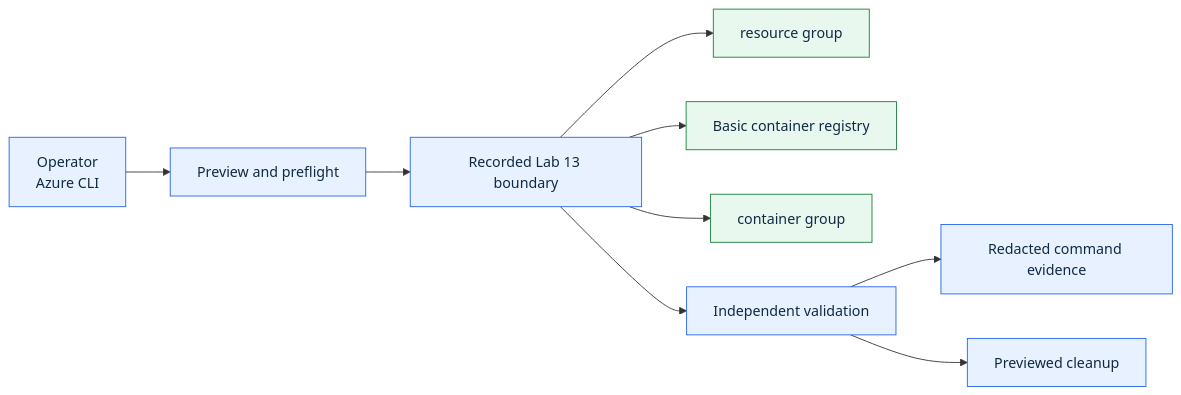
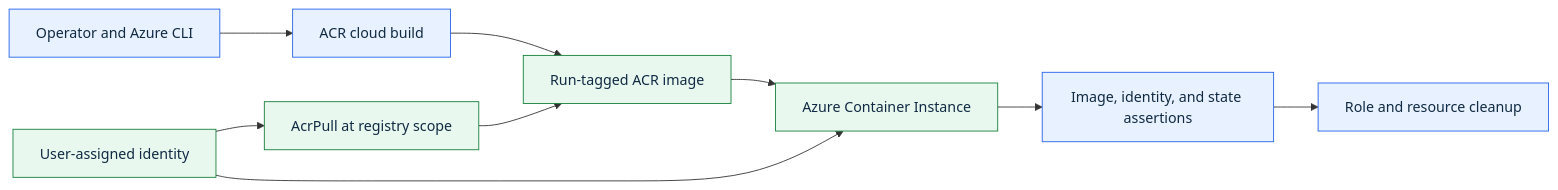
Before and after one commit to amineMehdi/az104-azure-administrator-labs: the diagram in labs/13-acr-aci/diagrams/architecture.mmd, drawn with Mermaid. The commit also changed 497 other files, not shown here.

```diff
--- a/labs/13-acr-aci/diagrams/architecture.mmd
+++ b/labs/13-acr-aci/diagrams/architecture.mmd
@@ -1,13 +1,13 @@
 flowchart LR
-    A["Operator<br/>Azure CLI"] --> P["Preview and preflight"]
-    P --> S["Recorded Lab 13 boundary"]
-    S --> R1["resource group"]
-    S --> R2["Basic container registry"]
-    S --> R3["container group"]
-    S --> V["Independent validation"]
-    V --> E["Redacted command evidence"]
-    V --> C["Previewed cleanup"]
+    A["Operator and Azure CLI"] --> B["ACR cloud build"]
+    B --> R["Run-tagged ACR image"]
+    I["User-assigned identity"] --> P["AcrPull at registry scope"]
+    P --> R
+    R --> C["Azure Container Instance"]
+    I --> C
+    C --> V["Image, identity, and state assertions"]
+    V --> X["Role and resource cleanup"]
     classDef control fill:#e8f1ff,stroke:#2563eb,color:#102a43;
     classDef resource fill:#e9f8ef,stroke:#16803a,color:#102a43;
-    class A,P,S,V,E,C control;
-    class R1,R2,R3 resource;
+    class A,B,V,X control;
+    class R,I,P,C resource;
```
